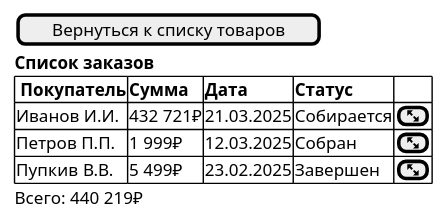
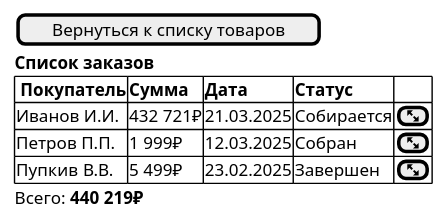
One commit to Efimish/university-4sem-pis-coursework changed the diagram in interface/manager_order_list.puml. Above: the diagram before and after it, drawn with PlantUML. The commit also changed 5 other files, not shown here.

```diff
--- a/interface/manager_order_list.puml
+++ b/interface/manager_order_list.puml
@@ -1,13 +1,13 @@
 @startsalt Список заказов для менеджера
 {
   [Вернуться к списку товаров]
   <b>Список заказов
   {#
     <b> Покупатель | <b>Сумма | <b>Дата    | <b>Статус  | .
     Иванов И.И.    | 432 721₽ | 21.03.2025 | Собирается | [<&fullscreen-enter>]
     Петров П.П.    | 1 999₽   | 12.03.2025 | Собран     | [<&fullscreen-enter>]
     Пупкив В.В.    | 5 499₽   | 23.02.2025 | Завершен   | [<&fullscreen-enter>]
   }
-  Всего: 440 219₽
+  Всего: <b>440 219₽
 }
 @endsalt
```
